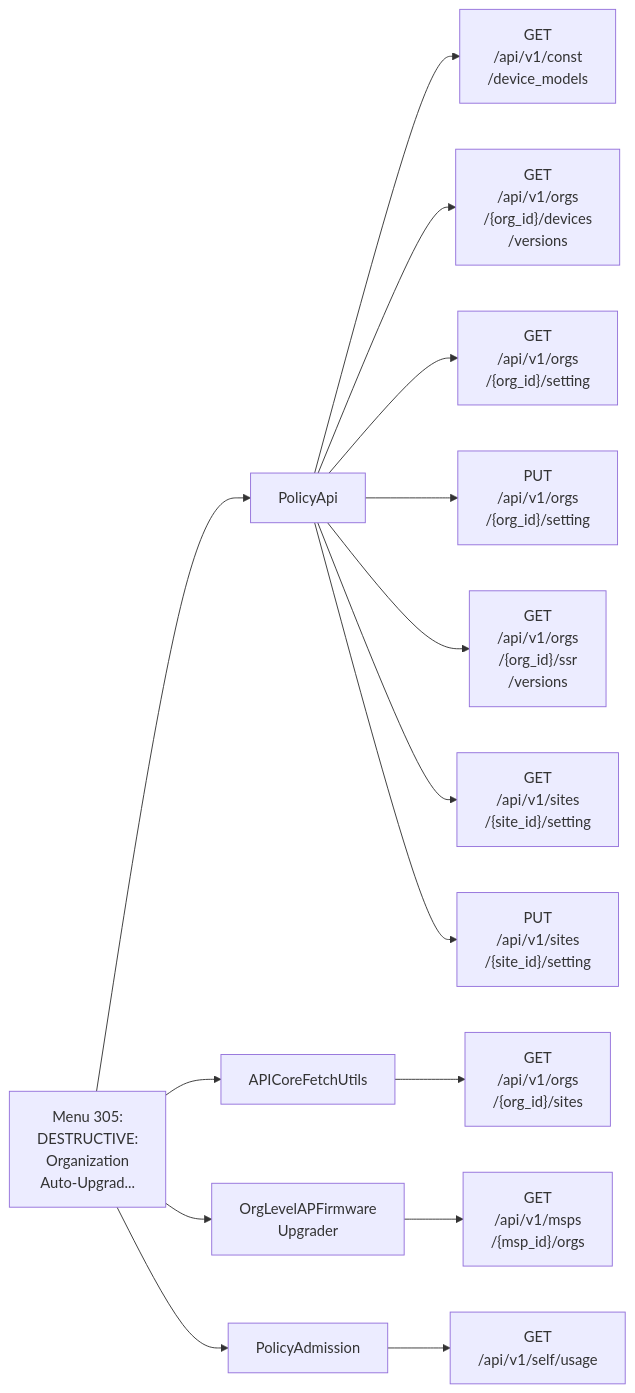
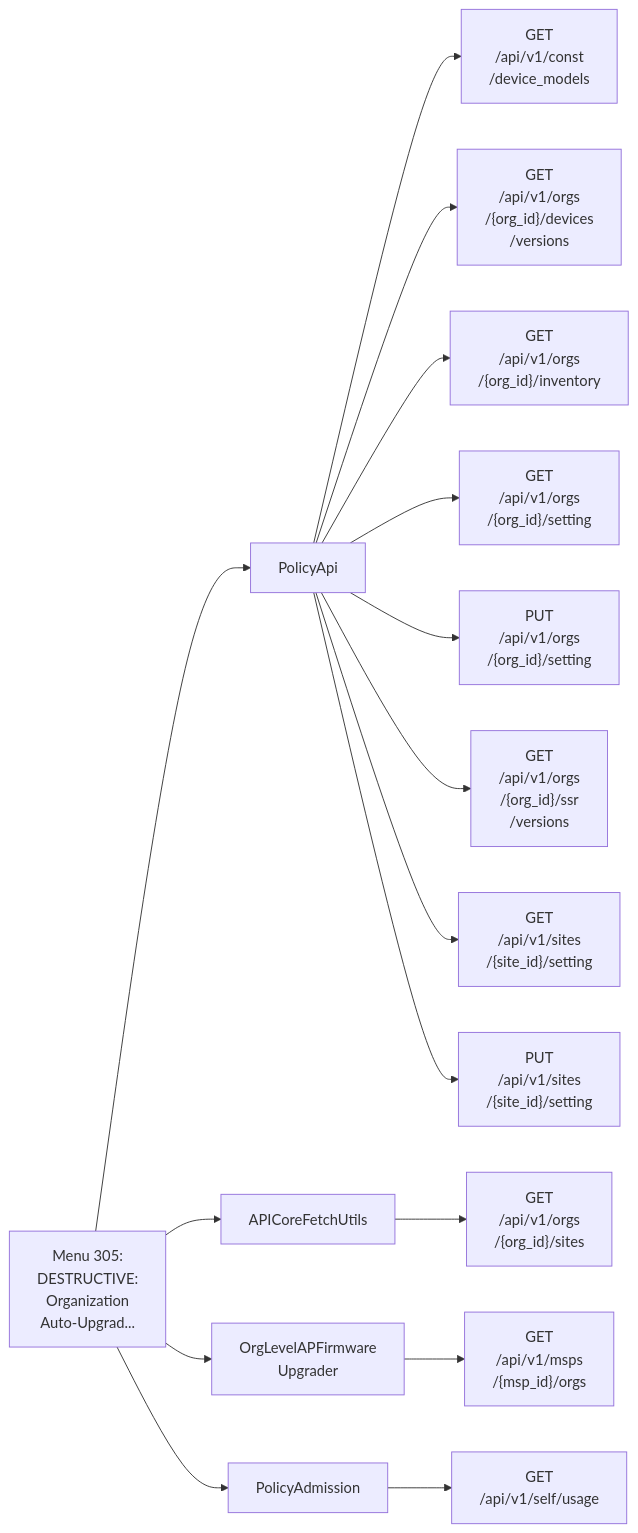
One commit to jmorrison-juniper/MistHelper changed diagram 32 of 33 in documentation/menu-api/destructive.md. Above: the diagram before and after it, drawn with Mermaid. The commit also changed other lines of this file and 25 other files, not shown here.

````diff
--- a/documentation/menu-api/destructive.md
+++ b/documentation/menu-api/destructive.md
@@ -1120,18 +1120,19 @@
 ```mermaid
 flowchart LR
     menu["Menu 305:<br/>DESTRUCTIVE:<br/>Organization<br/>Auto-Upgrad..."]
     menu --> c1["PolicyApi"]
     c1 --> e1["GET<br/>/api/v1/const<br/>/device_models"]
     c1 --> e2["GET<br/>/api/v1/orgs<br/>/{org_id}/devices<br/>/versions"]
-    c1 --> e3["GET<br/>/api/v1/orgs<br/>/{org_id}/setting"]
-    c1 --> e4["PUT<br/>/api/v1/orgs<br/>/{org_id}/setting"]
-    c1 --> e5["GET<br/>/api/v1/orgs<br/>/{org_id}/ssr<br/>/versions"]
-    c1 --> e6["GET<br/>/api/v1/sites<br/>/{site_id}/setting"]
-    c1 --> e7["PUT<br/>/api/v1/sites<br/>/{site_id}/setting"]
+    c1 --> e3["GET<br/>/api/v1/orgs<br/>/{org_id}/inventory"]
+    c1 --> e4["GET<br/>/api/v1/orgs<br/>/{org_id}/setting"]
+    c1 --> e5["PUT<br/>/api/v1/orgs<br/>/{org_id}/setting"]
+    c1 --> e6["GET<br/>/api/v1/orgs<br/>/{org_id}/ssr<br/>/versions"]
+    c1 --> e7["GET<br/>/api/v1/sites<br/>/{site_id}/setting"]
+    c1 --> e8["PUT<br/>/api/v1/sites<br/>/{site_id}/setting"]
     menu --> c2["APICoreFetchUtils"]
-    c2 --> e8["GET<br/>/api/v1/orgs<br/>/{org_id}/sites"]
+    c2 --> e9["GET<br/>/api/v1/orgs<br/>/{org_id}/sites"]
     menu --> c3["OrgLevelAPFirmware<br/>Upgrader"]
-    c3 --> e9["GET<br/>/api/v1/msps<br/>/{msp_id}/orgs"]
+    c3 --> e10["GET<br/>/api/v1/msps<br/>/{msp_id}/orgs"]
     menu --> c4["PolicyAdmission"]
-    c4 --> e10["GET<br/>/api/v1/self/usage"]
+    c4 --> e11["GET<br/>/api/v1/self/usage"]
 ```
````
